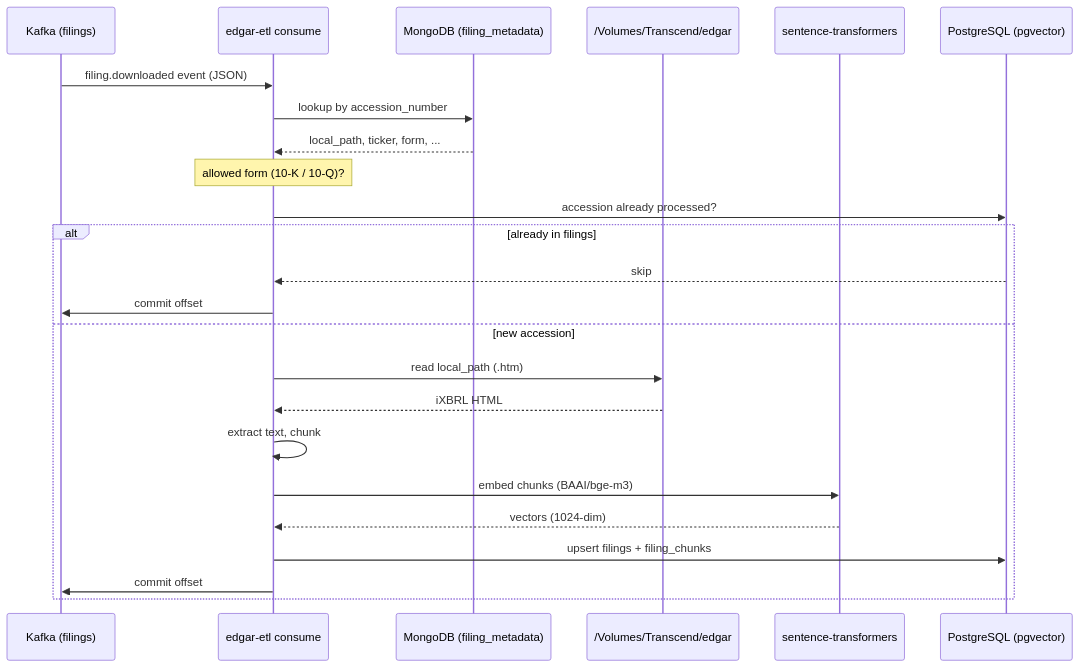
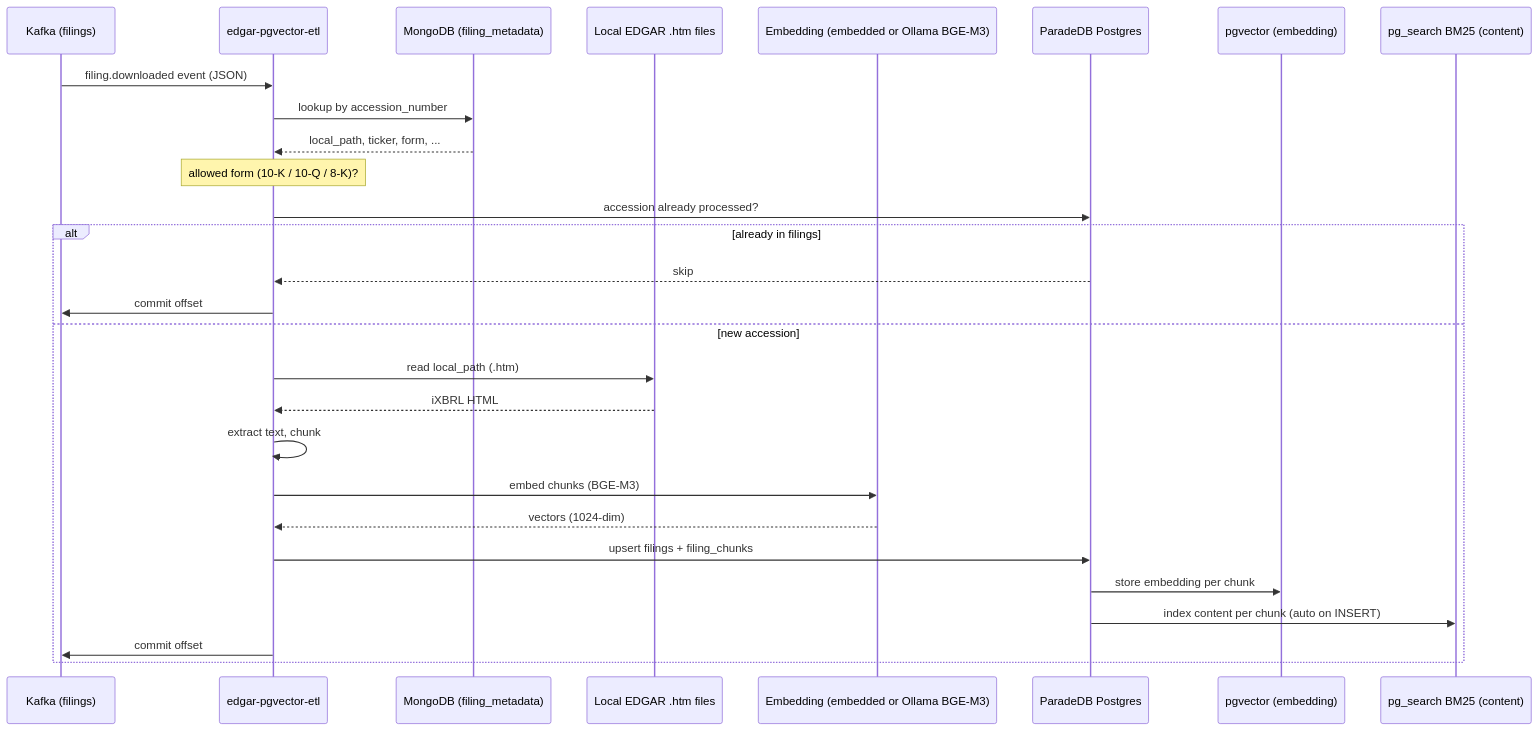
The first of 2 diagrams in README.md (sanjuthomas/sec-edgar-filings-to-pgvector), drawn with Mermaid before and after one commit. The commit also changed other lines of this file, not shown here.

First line of the commit message:
Update README to document dual-store ingest and defer query to chat UI.

````diff
--- a/README.md
+++ b/README.md
@@ -14,28 +16,32 @@
 ```mermaid
 sequenceDiagram
     participant Kafka as Kafka (filings)
-    participant ETL as edgar-etl consume
+    participant ETL as edgar-pgvector-etl
     participant Mongo as MongoDB (filing_metadata)
-    participant Disk as /Volumes/Transcend/edgar
-    participant Model as sentence-transformers
-    participant PG as PostgreSQL (pgvector)
+    participant Disk as Local EDGAR .htm files
+    participant Embed as Embedding (embedded or Ollama BGE-M3)
+    participant PG as ParadeDB Postgres
+    participant VEC as pgvector (embedding)
+    participant BM25 as pg_search BM25 (content)
 
     Kafka->>ETL: filing.downloaded event (JSON)
     ETL->>Mongo: lookup by accession_number
     Mongo-->>ETL: local_path, ticker, form, ...
-    Note over ETL: allowed form (10-K / 10-Q)?
+    Note over ETL: allowed form (10-K / 10-Q / 8-K)?
 
     ETL->>PG: accession already processed?
     alt already in filings
         PG-->>ETL: skip
         ETL->>Kafka: commit offset
     else new accession
         ETL->>Disk: read local_path (.htm)
         Disk-->>ETL: iXBRL HTML
         ETL->>ETL: extract text, chunk
-        ETL->>Model: embed chunks (BAAI/bge-m3)
-        Model-->>ETL: vectors (1024-dim)
+        ETL->>Embed: embed chunks (BGE-M3)
+        Embed-->>ETL: vectors (1024-dim)
         ETL->>PG: upsert filings + filing_chunks
+        PG->>VEC: store embedding per chunk
+        PG->>BM25: index content per chunk (auto on INSERT)
         ETL->>Kafka: commit offset
     end
 ```
````
